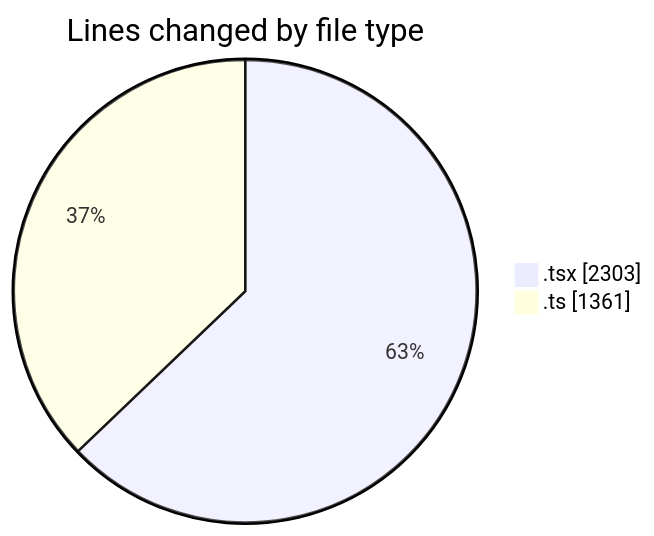
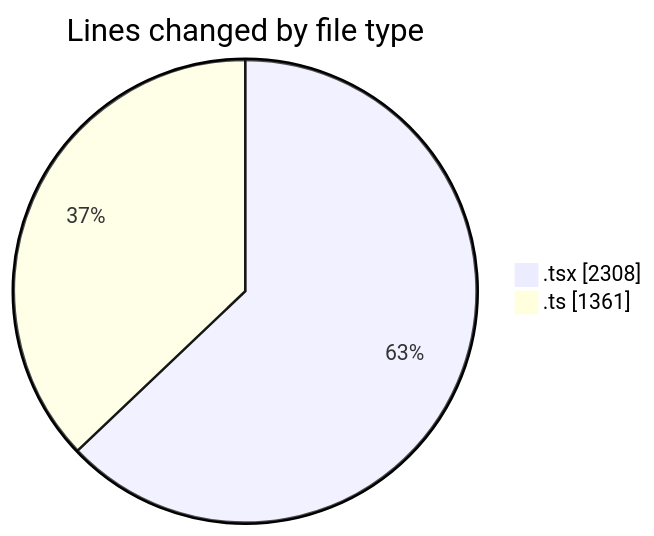
Before and after one commit to nxtqubesakshisongat/code-tracking: the first of 2 diagrams in 2026-03-06/nxtqube_webapp/README.md, drawn with Mermaid. The commit also changed other lines of this file and 1 other file, not shown here.

````diff
--- a/2026-03-06/nxtqube_webapp/README.md
+++ b/2026-03-06/nxtqube_webapp/README.md
@@ -29,6 +29,6 @@
 ```mermaid
 pie showData
 title Lines changed by file type
-".tsx" : 2303
+".tsx" : 2308
 ".ts" : 1361
 ```
````
